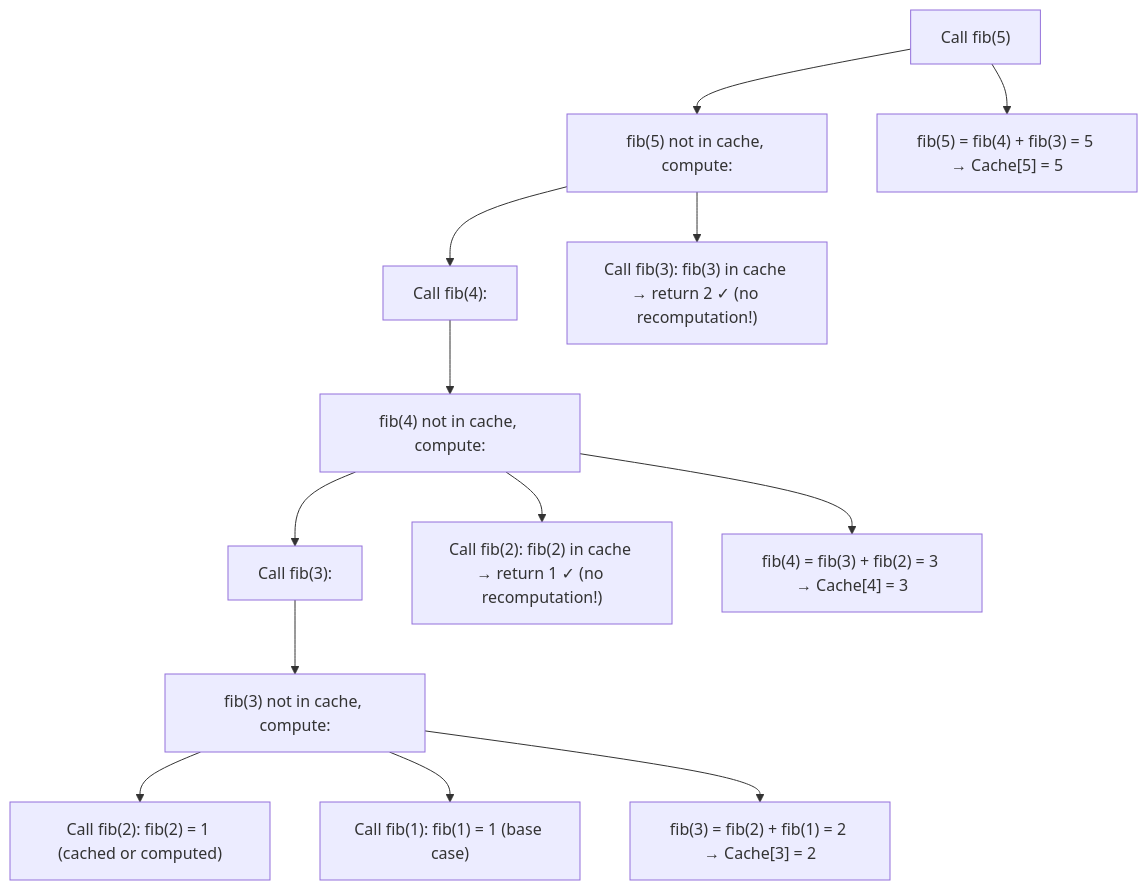
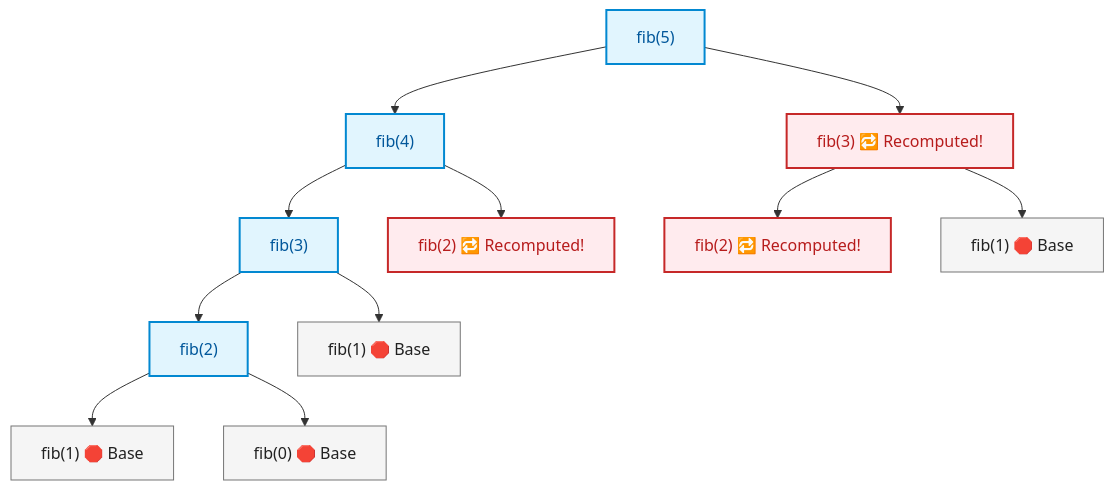
The diagram in week_10_dynamic_programming_i_fundamentals/Week_10_Day_01_DP_Recursion_Memoization_Instructional.md (dip4k/DSA_102), drawn with Mermaid before and after one commit. The commit also changed other lines of this file and 332 other files, not shown here.

````diff
--- a/week_10_dynamic_programming_i_fundamentals/Week_10_Day_01_DP_Recursion_Memoization_Instructional.md
+++ b/week_10_dynamic_programming_i_fundamentals/Week_10_Day_01_DP_Recursion_Memoization_Instructional.md
@@ -99,16 +79,31 @@
 ```mermaid
-flowchart TD
-    R["Call fib(5)"]
-    R --> N1["fib(5) not in cache, compute:"]
-    N1 --> N2["Call fib(4):"]
-    N2 --> N3["fib(4) not in cache, compute:"]
-    N3 --> N4["Call fib(3):"]
-    N4 --> N5["fib(3) not in cache, compute:"]
-    N5 --> N6["Call fib(2): fib(2) = 1 (cached or computed)"]
-    N5 --> N7["Call fib(1): fib(1) = 1 (base case)"]
-    N5 --> N8["fib(3) = fib(2) + fib(1) = 2 → Cache[3] = 2"]
-    N3 --> N9["Call fib(2): fib(2) in cache → return 1 ✓ (no recomputation!)"]
-    N3 --> N10["fib(4) = fib(3) + fib(2) = 3 → Cache[4] = 3"]
-    N1 --> N11["Call fib(3): fib(3) in cache → return 2 ✓ (no recomputation!)"]
-    R --> N12["fib(5) = fib(4) + fib(3) = 5 → Cache[5] = 5"]
+graph TD
+    classDef rootNode fill:#e1f5fe,stroke:#0288d1,stroke-width:2px,color:#01579b
+    classDef dupNode fill:#ffebee,stroke:#c62828,stroke-width:2px,color:#b71c1c
+    classDef leafNode fill:#f5f5f5,stroke:#757575,stroke-width:1px,color:#212121
+
+    F5["fib(5)"]:::rootNode
+    F4["fib(4)"]:::rootNode
+    F3_R["fib(3) 🔁 Recomputed!"]:::dupNode
+    F3_L["fib(3)"]:::rootNode
+    F2_L1["fib(2) 🔁 Recomputed!"]:::dupNode
+    F2_R1["fib(2) 🔁 Recomputed!"]:::dupNode
+    F1_R["fib(1) 🛑 Base"]:::leafNode
+
+    F2_L2["fib(2)"]:::rootNode
+    F1_L1["fib(1) 🛑 Base"]:::leafNode
+
+    F1_L2["fib(1) 🛑 Base"]:::leafNode
+    F0_L["fib(0) 🛑 Base"]:::leafNode
+
+    F5 --> F4
+    F5 --> F3_R
+    F4 --> F3_L
+    F4 --> F2_L1
+    F3_R --> F2_R1
+    F3_R --> F1_R
+    F3_L --> F2_L2
+    F3_L --> F1_L1
+    F2_L2 --> F1_L2
+    F2_L2 --> F0_L
 ```
````
